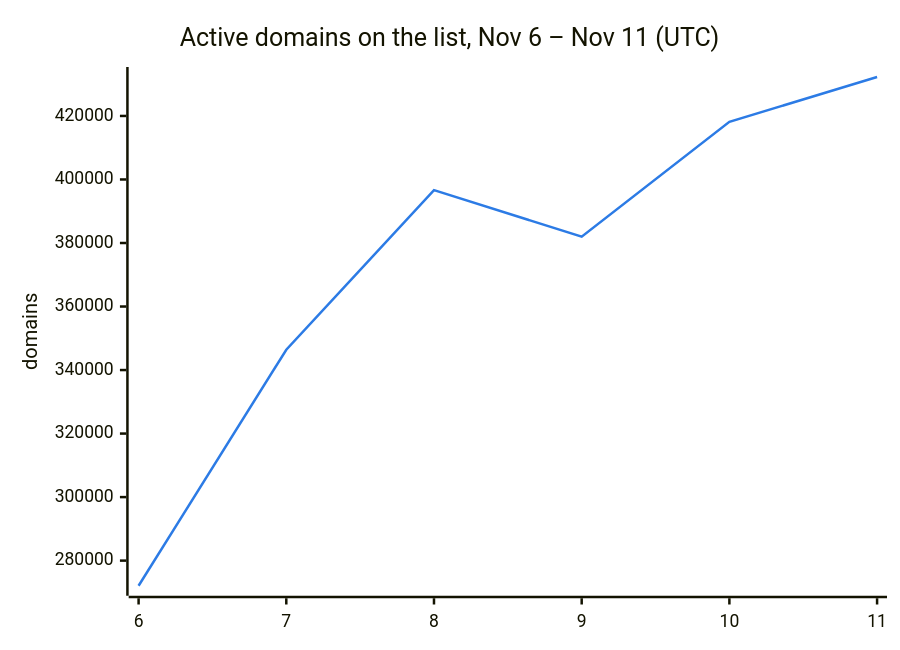
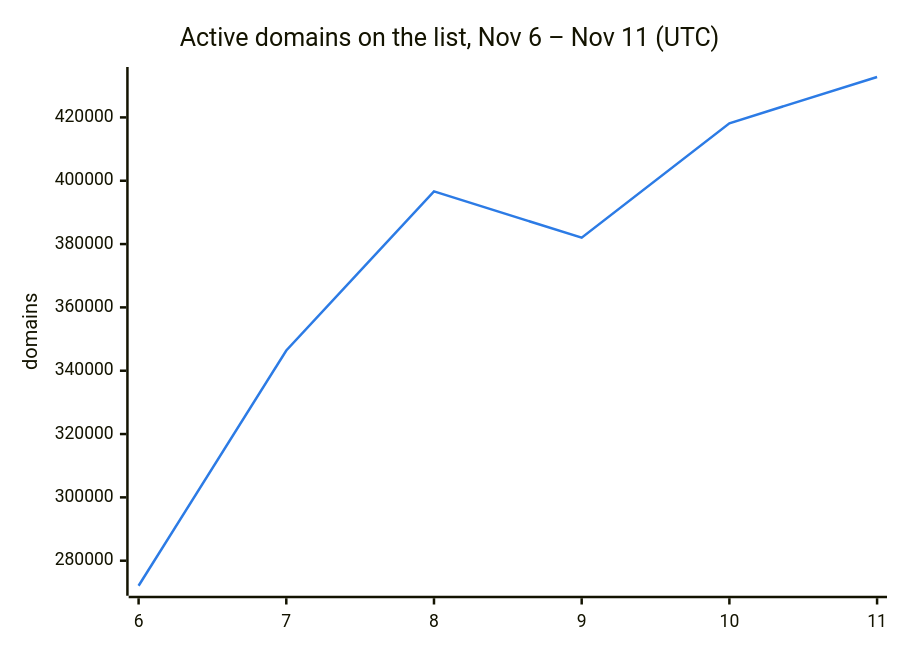
One commit to DNSBunker/CTI changed the second of 3 diagrams in README.md. Above: the diagram before and after it, drawn with Mermaid. The commit also changed other lines of this file and 3 other files, not shown here.

````diff
--- a/README.md
+++ b/README.md
@@ -38,8 +38,8 @@
 ```mermaid
 %%{init: {"themeVariables": {"xyChart": {"plotColorPalette": "#2c7be5"}}}}%%
 xychart-beta
     title "Active domains on the list, Nov 6 – Nov 11 (UTC)"
     x-axis ["6", "7", "8", "9", "10", "11"]
     y-axis "domains"
-    line [272088, 346388, 396638, 382009, 418143, 432263]
+    line [272088, 346388, 396638, 382009, 418143, 432762]
 ```
````
